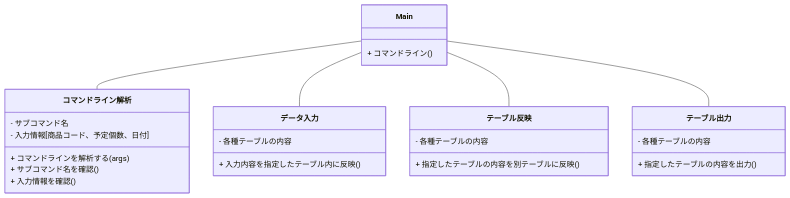
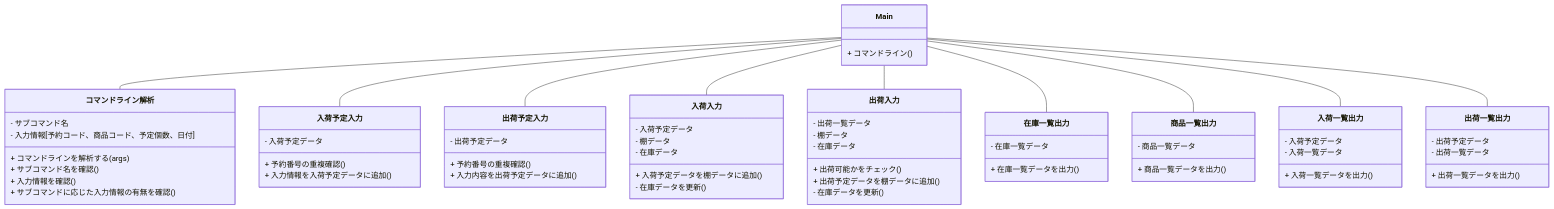
The diagram in 詳細設計書2.md (phoenixtec01/Kadai2), drawn with Mermaid before and after one commit. The commit also changed other lines of this file and 23 other files, not shown here.

````diff
--- a/詳細設計書2.md
+++ b/詳細設計書2.md
@@ -94,37 +102,75 @@
 ```mermaid
 
 classDiagram
   direction TB
   class Main {
     
     + コマンドライン()
     
   }
   class コマンドライン解析 {
     - サブコマンド名
-    - 入力情報[商品コード、予定個数、日付]
+    - 入力情報[予約コード、商品コード、予定個数、日付]
     + コマンドラインを解析する(args)
     + サブコマンド名を確認()
     + 入力情報を確認()
+    + サブコマンドに応じた入力情報の有無を確認()
   }
  
-    class データ入力 {
-    - 各種テーブルの内容
-    + 入力内容を指定したテーブル内に反映()
+    class 入荷予定入力 {
+    - 入荷予定データ
+    + 予約番号の重複確認()
+    + 入力情報を入荷予定データに追加()
     }
-   class テーブル反映 {
-    - 各種テーブルの内容
-    + 指定したテーブルの内容を別テーブルに反映()
+
+    class 出荷予定入力 {
+    - 出荷予定データ
+    + 予約番号の重複確認()
+    + 入力内容を出荷予定データに追加()
+    }
+
+   class 入荷入力 {
+    - 入荷予定データ
+    - 棚データ
+    - 在庫データ
+    + 入荷予定データを棚データに追加()
+    - 在庫データを更新()
   }
-  
-  class テーブル出力 {
-    - 各種テーブルの内容
-    + 指定したテーブルの内容を出力()
+  class 出荷入力 {
+    - 出荷一覧データ
+    - 棚データ
+    - 在庫データ
+    + 出荷可能かをチェック()
+    + 出荷予定データを棚データに追加()
+    - 在庫データを更新()
+  }
+  class 在庫一覧出力 {
+    - 在庫一覧データ
+    + 在庫一覧データを出力()
+  }
+   class 商品一覧出力 {
+    - 商品一覧データ
+    + 商品一覧データを出力()
+  }
+   class 入荷一覧出力 {
+    - 入荷予定データ
+    - 入荷一覧データ
+    + 入荷一覧データを出力()
+  }
+   class 出荷一覧出力 {
+    - 出荷予定データ
+    - 出荷一覧データ
+    + 出荷一覧データを出力()
   }
  
   Main -- `コマンドライン解析`
-  Main -- `データ入力`
-  Main -- `テーブル反映`
-  Main -- `テーブル出力`
+  Main -- `入荷予定入力`
+  Main -- `出荷予定入力`
+  Main -- `入荷入力`
+  Main -- `出荷入力`
+  Main -- `在庫一覧出力`
+  Main -- `商品一覧出力`
+  Main -- `入荷一覧出力`
+  Main -- `出荷一覧出力`
  
 ```
````
